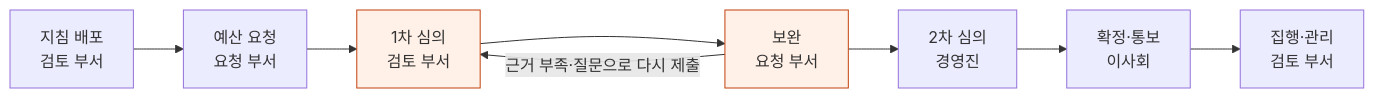
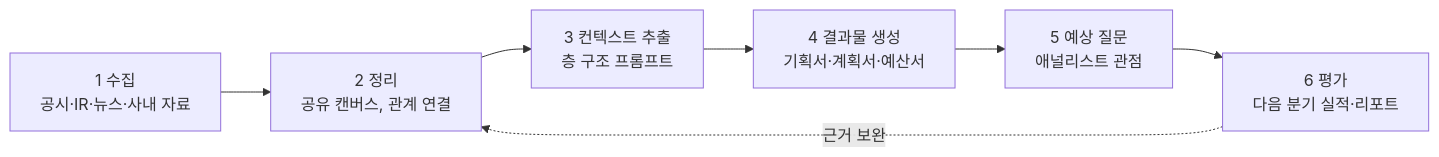
One commit to vamos-team/telescope changed the diagram in docs/planning/기획서.md. Above: the diagram before and after it, drawn with Mermaid. The commit also changed other lines of this file and 2 other files, not shown here.

Commit message:
docs: 기획서 수정 #68

````diff
--- a/docs/planning/기획서.md
+++ b/docs/planning/기획서.md
@@ -85,6 +41,9 @@
 ```mermaid
 flowchart LR
-  classDef hl fill:#fff1e8,stroke:#c2410c
-  A["지침 배포<br/>검토 부서"] --> B["예산 요청<br/>요청 부서"] --> C["1차 심의<br/>검토 부서"]:::hl --> D["보완<br/>요청 부서"]:::hl --> E["2차 심의<br/>경영진"] --> F["확정·통보<br/>이사회"] --> G["집행·관리<br/>검토 부서"]
-  D -->|근거 부족·질문으로 다시 제출| C
+    A["1 수집<br/>공시·IR·뉴스·사내 자료"] --> B["2 정리<br/>공유 캔버스, 관계 연결"]
+    B --> C["3 컨텍스트 추출<br/>층 구조 프롬프트"]
+    C --> D["4 결과물 생성<br/>기획서·계획서·예산서"]
+    D --> E["5 예상 질문<br/>애널리스트 관점"]
+    E --> F["6 평가<br/>다음 분기 실적·리포트"]
+    F -.->|근거 보완| B
 ```
````
